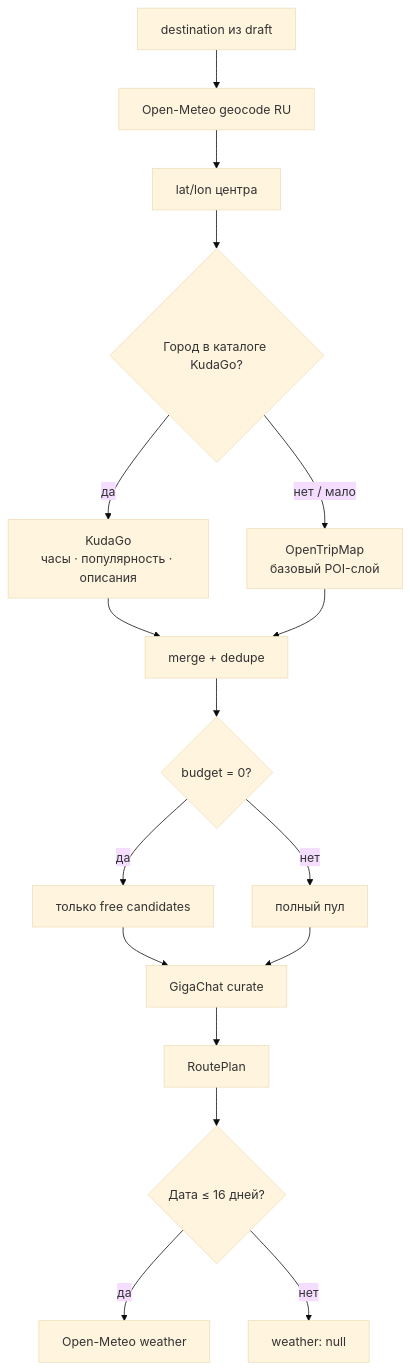
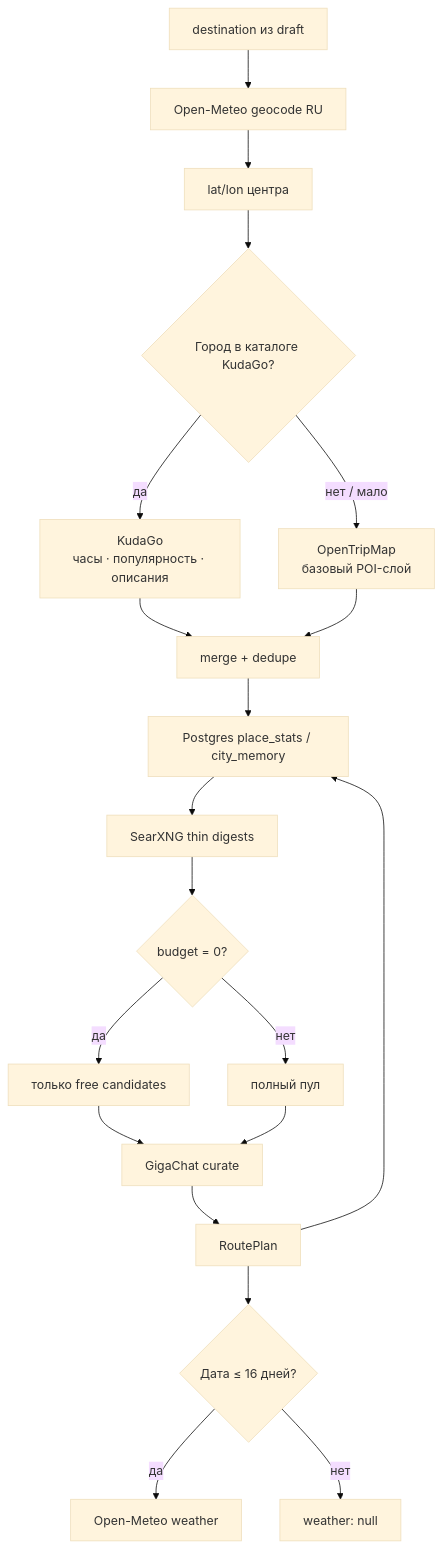
The seventh of 7 diagrams in ARCHITECTURE.md (Halpama/max_hackaton), drawn with Mermaid (base theme) before and after one commit. The commit also changed other lines of this file and 14 other files, not shown here.

First line of the commit message:
Wire SearXNG and Postgres memory into trip generation.

````diff
--- a/ARCHITECTURE.md
+++ b/ARCHITECTURE.md
@@ -322,20 +322,23 @@
 ```mermaid
 flowchart TB
   DEST[destination из draft] --> GEO[Open-Meteo geocode RU]
   GEO --> CENTER[lat/lon центра]
   CENTER --> CITY{Город в каталоге KudaGo?}
   CITY -->|да| KD[KudaGo<br/>часы · популярность · описания]
   CITY -->|нет / мало| OTM[OpenTripMap<br/>базовый POI-слой]
   KD --> MERGE[merge + dedupe]
   OTM --> MERGE
-  MERGE --> FREE{budget = 0?}
+  MERGE --> MEM[Postgres place_stats / city_memory]
+  MEM --> SX[SearXNG thin digests]
+  SX --> FREE{budget = 0?}
   FREE -->|да| FREEONLY[только free candidates]
   FREE -->|нет| ALL[полный пул]
   FREEONLY --> LLM[GigaChat curate]
   ALL --> LLM
   LLM --> PLAN[RoutePlan]
+  PLAN --> MEM
 
   PLAN --> WX{Дата ≤ 16 дней?}
   WX -->|да| OM[Open-Meteo weather]
   WX -->|нет| NA[weather: null]
 ```
````
